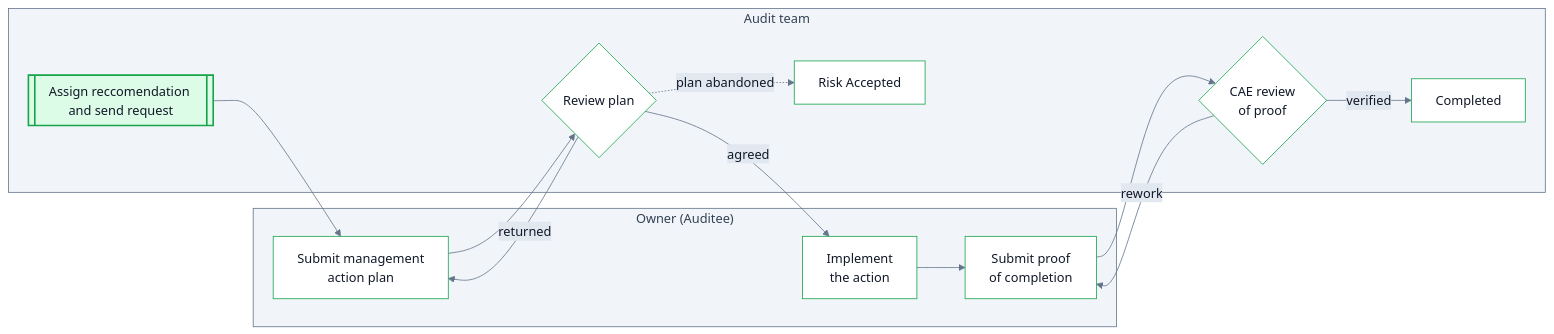
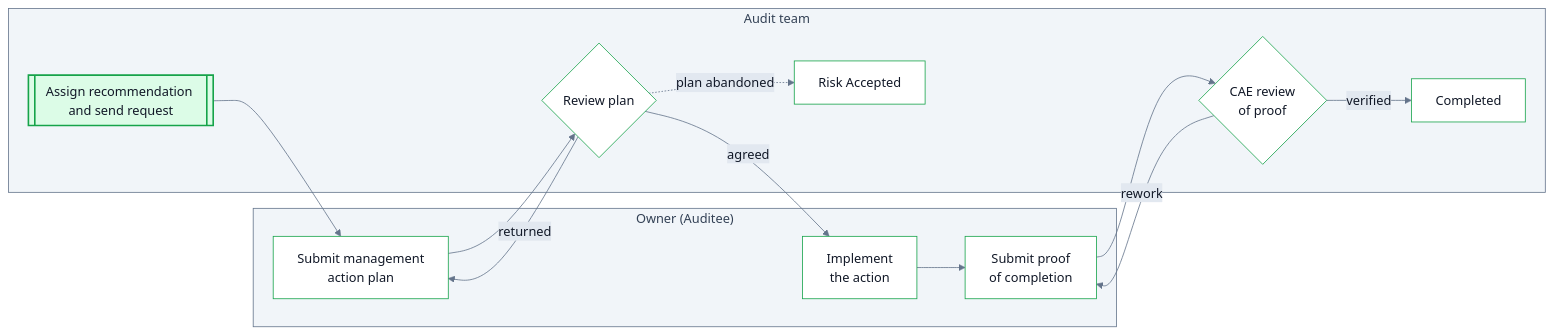
The second of 2 diagrams in action-items.mdx (ArjunMash/docs), drawn with Mermaid before and after one commit. The commit also changed other lines of this file and 4 other files, not shown here.

````diff
--- a/action-items.mdx
+++ b/action-items.mdx
@@ -27,24 +27,24 @@
 ```mermaid
 %%{init: {"theme":"base","themeVariables":{"primaryColor":"#ffffff","primaryBorderColor":"#16a34a","primaryTextColor":"#111827","lineColor":"#64748b","clusterBkg":"#f1f5f9","clusterBorder":"#64748b","titleColor":"#334155","edgeLabelBackground":"#e2e8f0","fontFamily":"ui-sans-serif, system-ui, sans-serif"},"flowchart":{"curve":"basis"}}}%%
 flowchart LR
   subgraph OWN["Owner (Auditee)"]
     MAP["Submit management<br/>action plan"]
     IMP["Implement<br/>the action"]
     POC["Submit proof<br/>of completion"]
   end
   subgraph AUD["Audit team"]
-    CA[["Assign reccomendation and send request"]]
+    CA[["Assign recommendation and send request"]]
     PR{"Review plan"}
     CR{"CAE review<br/>of proof"}
     DONE["Completed"]
     RA["Risk Accepted"]
   end
   CA --> MAP --> PR
   PR -- "returned" --> MAP
   PR -- "agreed" --> IMP --> POC --> CR
   CR -- "rework" --> POC
   CR -- "verified" --> DONE
   PR -. "plan abandoned" .-> RA
   classDef case fill:#dcfce7,stroke:#16a34a,stroke-width:2px;
   class CA case
 ```
````
